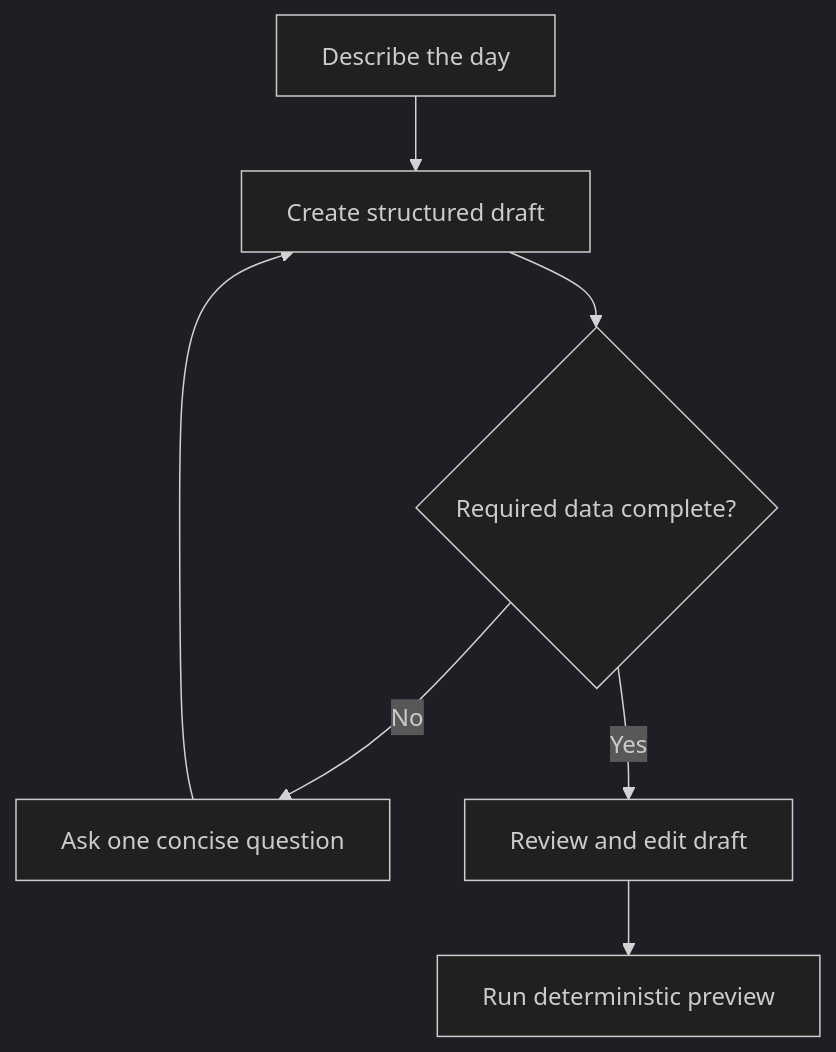
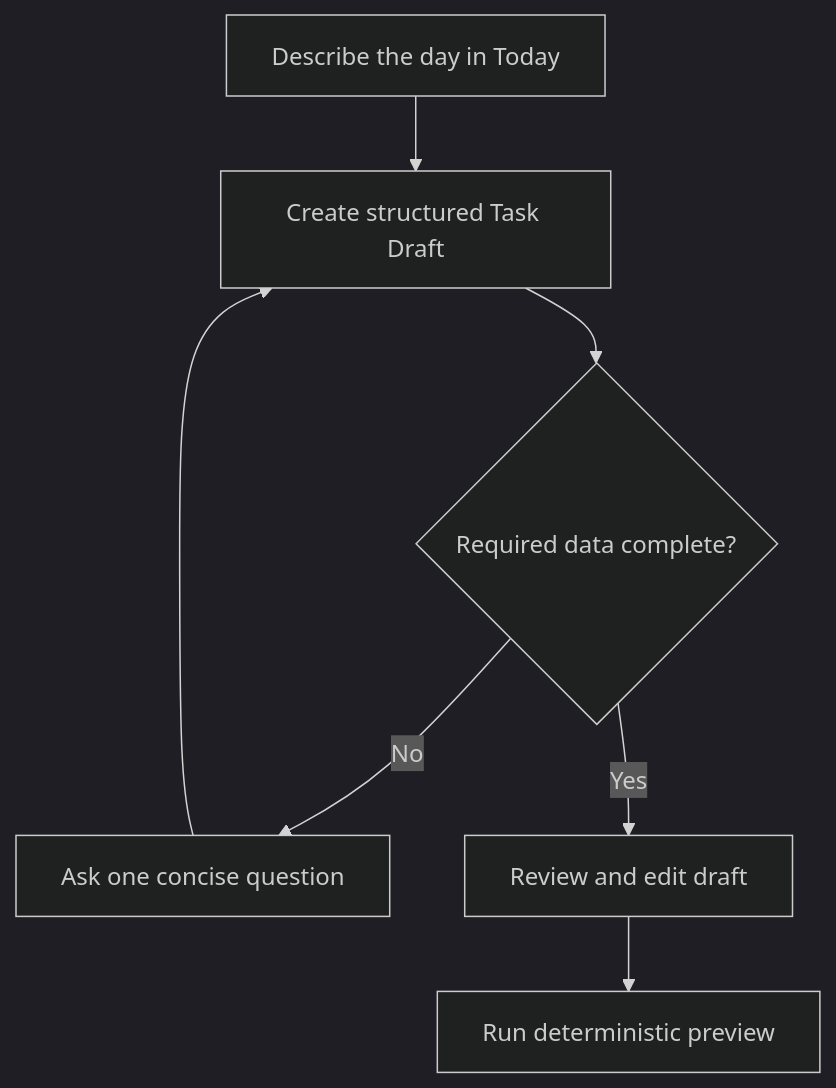
One commit to Plaminh/Blooming changed the third of 5 diagrams in docs/05-ui-ux/ui-ux-design.md. Above: the diagram before and after it, drawn with Mermaid (dark theme). The commit also changed other lines of this file and 30 other files, not shown here.

````diff
--- a/docs/05-ui-ux/ui-ux-design.md
+++ b/docs/05-ui-ux/ui-ux-design.md
@@ -61,9 +68,9 @@
 ```mermaid
 flowchart TD
-    Prompt["Describe the day"] --> Interpret["Create structured draft"]
+    Prompt["Describe the day in Today"] --> Interpret["Create structured Task Draft"]
     Interpret --> Complete{"Required data complete?"}
     Complete -- No --> Clarify["Ask one concise question"]
     Clarify --> Interpret
     Complete -- Yes --> Confirm["Review and edit draft"]
     Confirm --> Preview["Run deterministic preview"]
 ```
````
